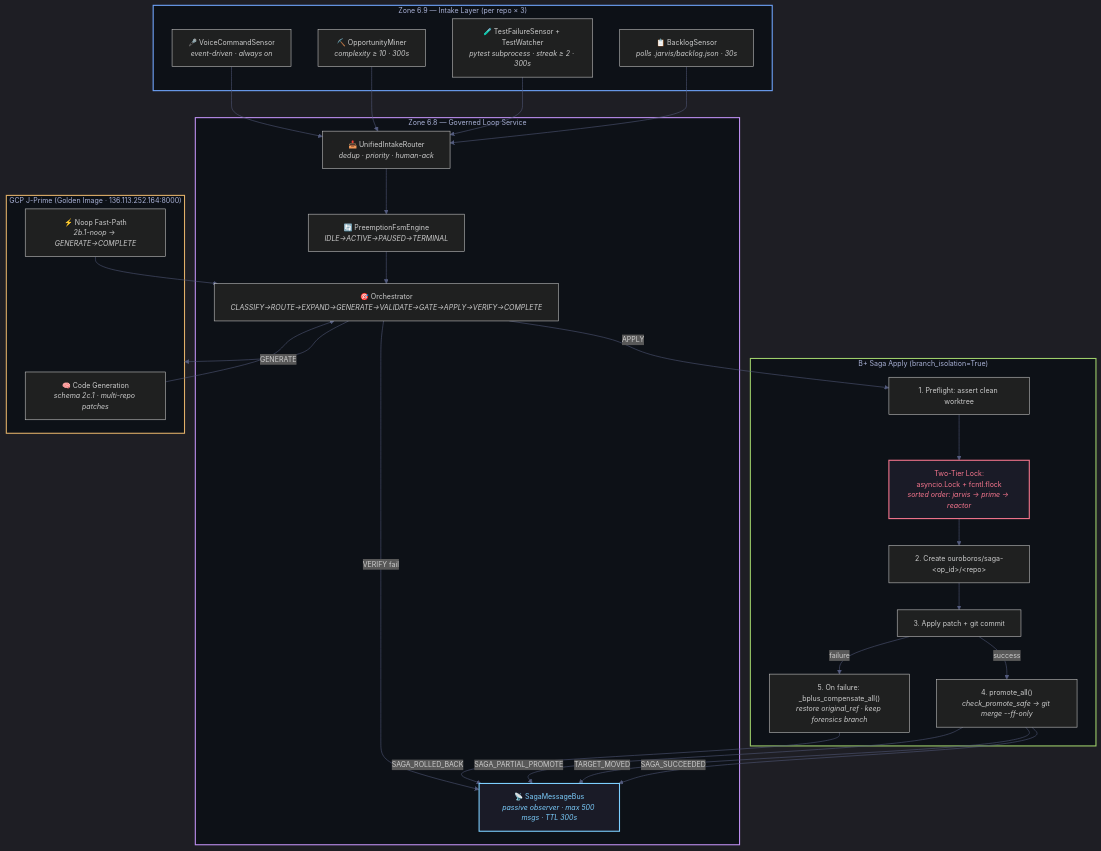
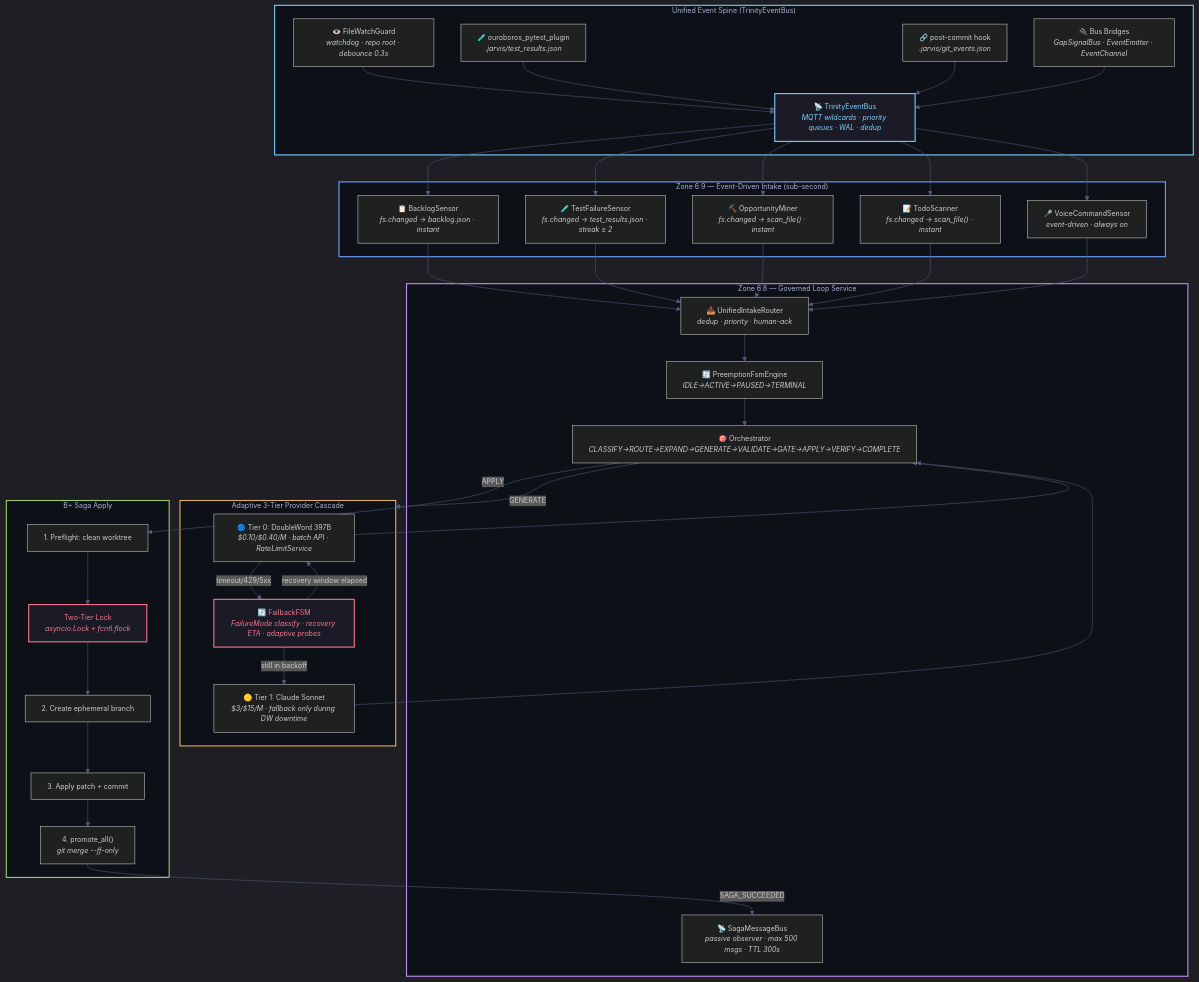
Before and after one commit to drussell23/drussell23: the eighth of 14 diagrams in README.md, drawn with Mermaid. The commit also changed other lines of this file, not shown here.

Commit message:
docs: update Ouroboros section with Event Spine + Adaptive Routing

````diff
--- a/README.md
+++ b/README.md
@@ -694,53 +694,63 @@
 ```mermaid
 %%{init: {'theme': 'dark', 'themeVariables': { 'primaryColor': '#1a1b27', 'primaryTextColor': '#a9b1d6', 'lineColor': '#545c7e', 'fontSize': '13px', 'fontFamily': 'JetBrains Mono, monospace' }}}%%
 
 flowchart TD
-    subgraph INTAKE["Zone 6.9 — Intake Layer (per repo × 3)"]
-        B["📋 BacklogSensor<br/><i>polls .jarvis/backlog.json · 30s</i>"]
-        T["🧪 TestFailureSensor + TestWatcher<br/><i>pytest subprocess · streak ≥ 2 · 300s</i>"]
-        M["⛏️ OpportunityMiner<br/><i>complexity ≥ 10 · 300s</i>"]
+    subgraph SPINE["Unified Event Spine (TrinityEventBus)"]
+        FW["👁️ FileWatchGuard<br/><i>watchdog · repo root · debounce 0.3s</i>"]
+        PYTEST["🧪 ouroboros_pytest_plugin<br/><i>.jarvis/test_results.json</i>"]
+        GITHOOK["🔗 post-commit hook<br/><i>.jarvis/git_events.json</i>"]
+        BRIDGES["🔌 Bus Bridges<br/><i>GapSignalBus · EventEmitter · EventChannel</i>"]
+        TEB["📡 TrinityEventBus<br/><i>MQTT wildcards · priority queues · WAL · dedup</i>"]
+        FW & PYTEST & GITHOOK & BRIDGES --> TEB
+    end
+
+    subgraph INTAKE["Zone 6.9 — Event-Driven Intake (sub-second)"]
+        B["📋 BacklogSensor<br/><i>fs.changed → backlog.json · instant</i>"]
+        T["🧪 TestFailureSensor<br/><i>fs.changed → test_results.json · streak ≥ 2</i>"]
+        M["⛏️ OpportunityMiner<br/><i>fs.changed → scan_file() · instant</i>"]
+        TODO["📝 TodoScanner<br/><i>fs.changed → scan_file() · instant</i>"]
         V["🎤 VoiceCommandSensor<br/><i>event-driven · always on</i>"]
     end
 
     subgraph GLS["Zone 6.8 — Governed Loop Service"]
         Q["📥 UnifiedIntakeRouter<br/><i>dedup · priority · human-ack</i>"]
         FSM["🔄 PreemptionFsmEngine<br/><i>IDLE→ACTIVE→PAUSED→TERMINAL</i>"]
         ORCH["🎯 Orchestrator<br/><i>CLASSIFY→ROUTE→EXPAND→GENERATE→VALIDATE→GATE→APPLY→VERIFY→COMPLETE</i>"]
         BUS["📡 SagaMessageBus<br/><i>passive observer · max 500 msgs · TTL 300s</i>"]
     end
 
-    subgraph SAGA["B+ Saga Apply (branch_isolation=True)"]
-        PRE["1. Preflight: assert clean worktree"]
-        BR["2. Create ouroboros/saga-&lt;op_id&gt;/&lt;repo&gt;"]
-        AP["3. Apply patch + git commit"]
-        LOCK["Two-Tier Lock:<br/>asyncio.Lock + fcntl.flock<br/><i>sorted order: jarvis → prime → reactor</i>"]
-        PROM["4. promote_all()<br/><i>check_promote_safe → git merge --ff-only</i>"]
-        COMP["5. On failure: _bplus_compensate_all()<br/><i>restore original_ref · keep forensics branch</i>"]
+    subgraph ROUTING["Adaptive 3-Tier Provider Cascade"]
+        DW["🔵 Tier 0: DoubleWord 397B<br/><i>$0.10/$0.40/M · batch API · RateLimitService</i>"]
+        CL["🟡 Tier 1: Claude Sonnet<br/><i>$3/$15/M · fallback only during DW downtime</i>"]
+        FBACK["🔄 FailbackFSM<br/><i>FailureMode classify · recovery ETA · adaptive probes</i>"]
+        DW -->|"timeout/429/5xx"| FBACK
+        FBACK -->|"recovery window elapsed"| DW
+        FBACK -->|"still in backoff"| CL
     end
 
-    subgraph JPRIME["GCP J-Prime (Golden Image · 136.113.252.164:8000)"]
-        GEN["🧠 Code Generation<br/><i>schema 2c.1 · multi-repo patches</i>"]
-        NOOP["⚡ Noop Fast-Path<br/><i>2b.1-noop → GENERATE→COMPLETE</i>"]
+    subgraph SAGA["B+ Saga Apply"]
+        PRE["1. Preflight: clean worktree"]
+        BR["2. Create ephemeral branch"]
+        AP["3. Apply patch + commit"]
+        LOCK["Two-Tier Lock<br/><i>asyncio.Lock + fcntl.flock</i>"]
+        PROM["4. promote_all()<br/><i>git merge --ff-only</i>"]
     end
 
-    B & T & M & V --> Q
+    TEB --> B & T & M & TODO & V
+    B & T & M & TODO & V --> Q
     Q --> FSM --> ORCH
-    ORCH -->|"GENERATE"| JPRIME
-    GEN & NOOP --> ORCH
+    ORCH -->|"GENERATE"| ROUTING
+    DW & CL --> ORCH
     ORCH -->|"APPLY"| PRE
-    PRE --> LOCK --> BR --> AP
-    AP -->|"success"| PROM
-    AP -->|"failure"| COMP
+    PRE --> LOCK --> BR --> AP --> PROM
     PROM -->|"SAGA_SUCCEEDED"| BUS
-    PROM -->|"TARGET_MOVED"| BUS
-    PROM -->|"SAGA_PARTIAL_PROMOTE"| BUS
-    COMP -->|"SAGA_ROLLED_BACK"| BUS
-    ORCH -->|"VERIFY fail"| BUS
 
+    style SPINE fill:#0d1117,stroke:#7dcfff,stroke-width:2px,color:#a9b1d6
     style INTAKE fill:#0d1117,stroke:#70a5fd,stroke-width:2px,color:#a9b1d6
     style GLS fill:#0d1117,stroke:#bf91f3,stroke-width:2px,color:#a9b1d6
+    style ROUTING fill:#0d1117,stroke:#e0af68,stroke-width:2px,color:#a9b1d6
     style SAGA fill:#0d1117,stroke:#9ece6a,stroke-width:2px,color:#a9b1d6
-    style JPRIME fill:#0d1117,stroke:#e0af68,stroke-width:2px,color:#a9b1d6
-    style BUS fill:#1a1b27,stroke:#7dcfff,stroke-width:2px,color:#7dcfff
+    style TEB fill:#1a1b27,stroke:#7dcfff,stroke-width:2px,color:#7dcfff
+    style FBACK fill:#1a1b27,stroke:#f7768e,stroke-width:2px,color:#f7768e
     style LOCK fill:#1a1b27,stroke:#f7768e,stroke-width:2px,color:#f7768e
 ```
````
